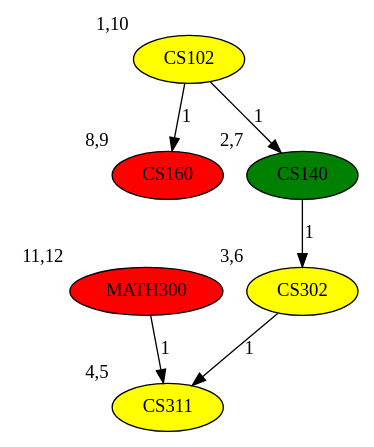
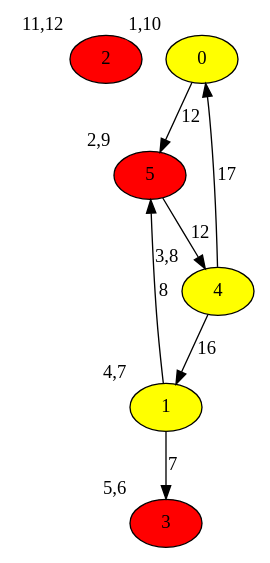
One commit to quanganhquanganh/Discrete-Maths-Graph-Library changed the diagram in files/topo.dot. Above: the diagram before and after it, drawn with Graphviz. The commit also changed 23 other files, not shown here.

```diff
--- a/files/topo.dot
+++ b/files/topo.dot
@@ -1,13 +1,14 @@
 digraph {
-	5 [label=MATH300, xlabel= "11,12", fillcolor= red, style=filled];
-	0 [label=CS102, xlabel= "1,10", fillcolor= yellow, style=filled];
-	2 [label=CS160, xlabel= "8,9", fillcolor= red, style=filled];
-	1 [label=CS140, xlabel= "2,7", fillcolor= green, style=filled];
-	3 [label=CS302, xlabel= "3,6", fillcolor= yellow, style=filled];
-	4 [label=CS311, xlabel= "4,5", fillcolor= yellow, style=filled];
-	0 -> 1 [label=1];
-	0 -> 2 [label=1];
-	1 -> 3 [label=1];
-	3 -> 4 [label=1];
-	5 -> 4 [label=1];
+	2 [label=2, xlabel= "11,12", fillcolor= red, style=filled];
+	0 [label=0, xlabel= "1,10", fillcolor= yellow, style=filled];
+	5 [label=5, xlabel= "2,9", fillcolor= red, style=filled];
+	4 [label=4, xlabel= "3,8", fillcolor= yellow, style=filled];
+	1 [label=1, xlabel= "4,7", fillcolor= yellow, style=filled];
+	3 [label=3, xlabel= "5,6", fillcolor= red, style=filled];
+	0 -> 5 [label=12];
+	1 -> 3 [label=7];
+	1 -> 5 [label=8];
+	4 -> 0 [label=17];
+	4 -> 1 [label=16];
+	5 -> 4 [label=12];
 }
```
